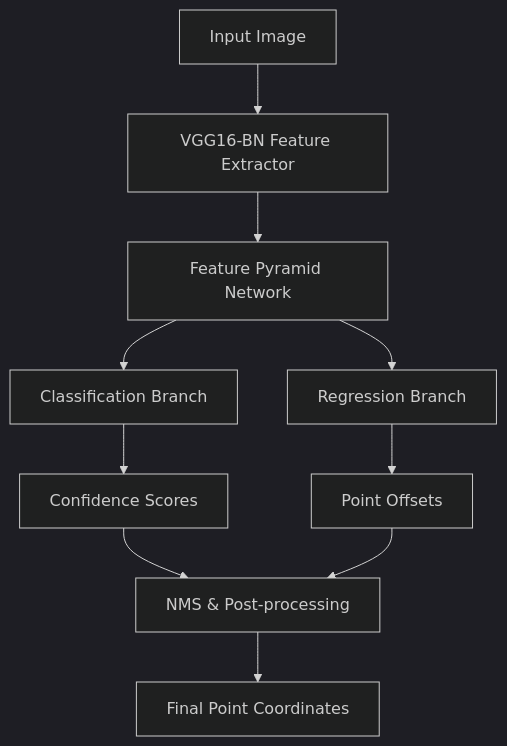
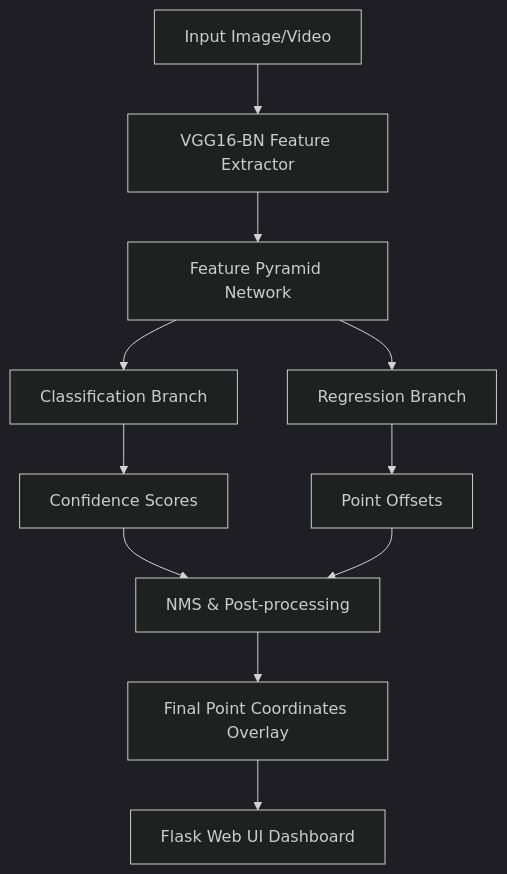
The diagram in README.md (AnjaliChaurasiya11/CrowdVision-p2PNET), drawn with Mermaid (dark theme) before and after one commit. The commit also changed other lines of this file, not shown here.

````diff
--- a/README.md
+++ b/README.md
@@ -36,12 +38,13 @@
 ```mermaid
 graph TD
-    A[Input Image] --> B[VGG16-BN Feature Extractor]
+    A[Input Image/Video] --> B[VGG16-BN Feature Extractor]
     B --> C[Feature Pyramid Network]
     C --> D[Classification Branch]
     C --> E[Regression Branch]
     D --> F[Confidence Scores]
     E --> G[Point Offsets]
     F --> H[NMS & Post-processing]
     G --> H
-    H --> I[Final Point Coordinates]
+    H --> I[Final Point Coordinates Overlay]
+    I --> J[Flask Web UI Dashboard]
 ```
````
